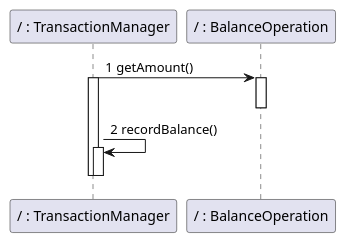
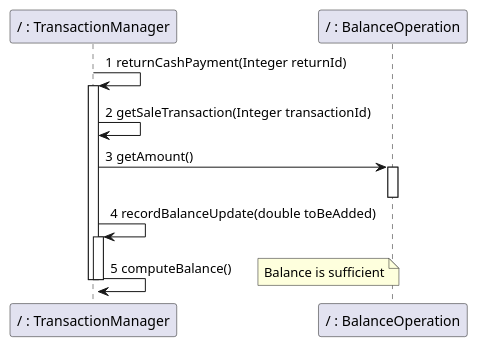
Before and after one commit to nicolabattaglino/ezshop: diagram 34 of 34 in Deliverables/DesignDocument.md, drawn with PlantUML.

Commit message:
refactured scanario 10.2

````diff
--- a/Deliverables/DesignDocument.md
+++ b/Deliverables/DesignDocument.md
@@ -1646,17 +1646,21 @@
 ```plantuml
 @startuml
 
 
 participant "/ : TransactionManager" as TransactionManager
 participant "/ : BalanceOperation" as BalanceOperation
 
-TransactionManager-> BalanceOperation:1 getAmount()
+TransactionManager -> TransactionManager:1 returnCashPayment(Integer returnId)
+activate TransactionManager
+TransactionManager-> TransactionManager:2 getSaleTransaction(Integer transactionId)
+TransactionManager-> BalanceOperation:3 getAmount()
 activate BalanceOperation
 deactivate BalanceOperation
+TransactionManager -> TransactionManager:4 recordBalanceUpdate(double toBeAdded)
 activate TransactionManager
-TransactionManager -> TransactionManager:2 recordBalance() 
-activate TransactionManager
+TransactionManager -> TransactionManager:5 computeBalance()
 deactivate TransactionManager
+note right: Balance is sufficient
 deactivate TransactionManager
 @enduml
 ```
````
